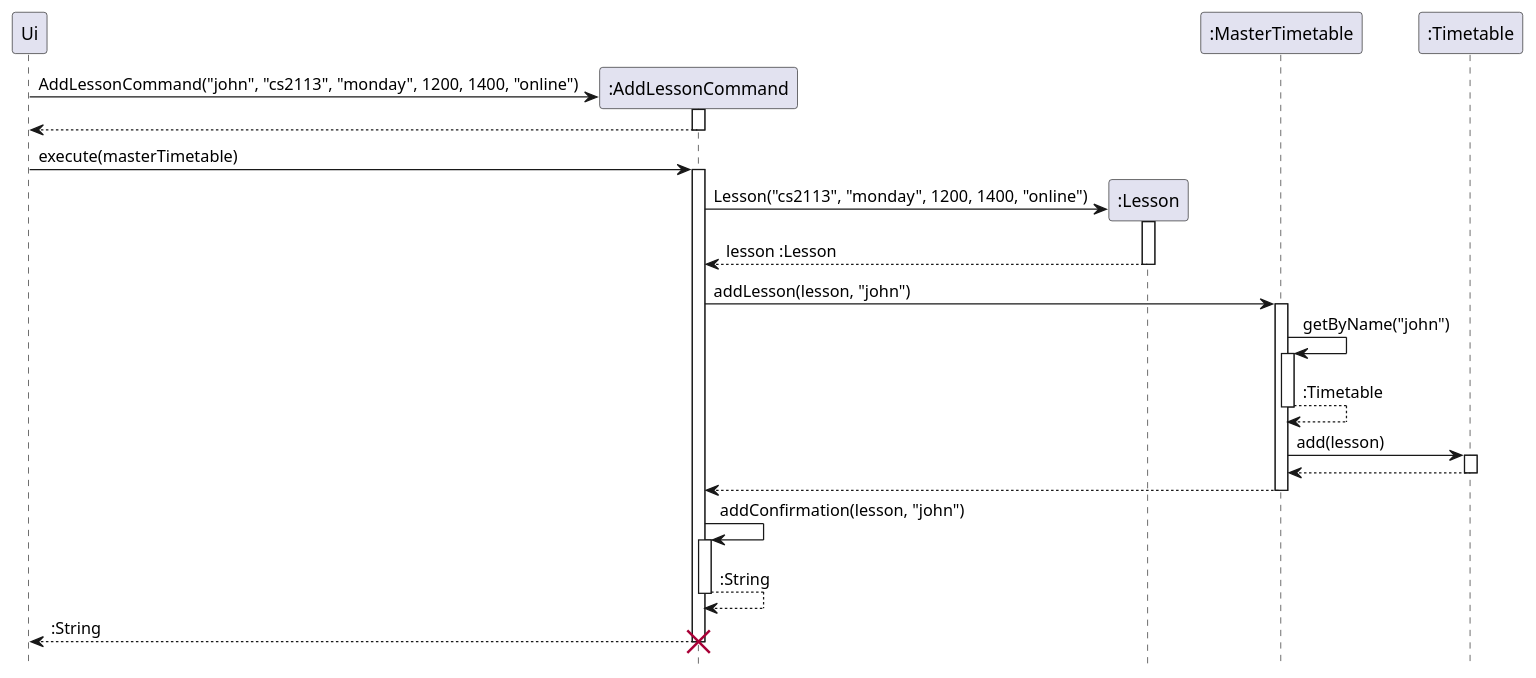
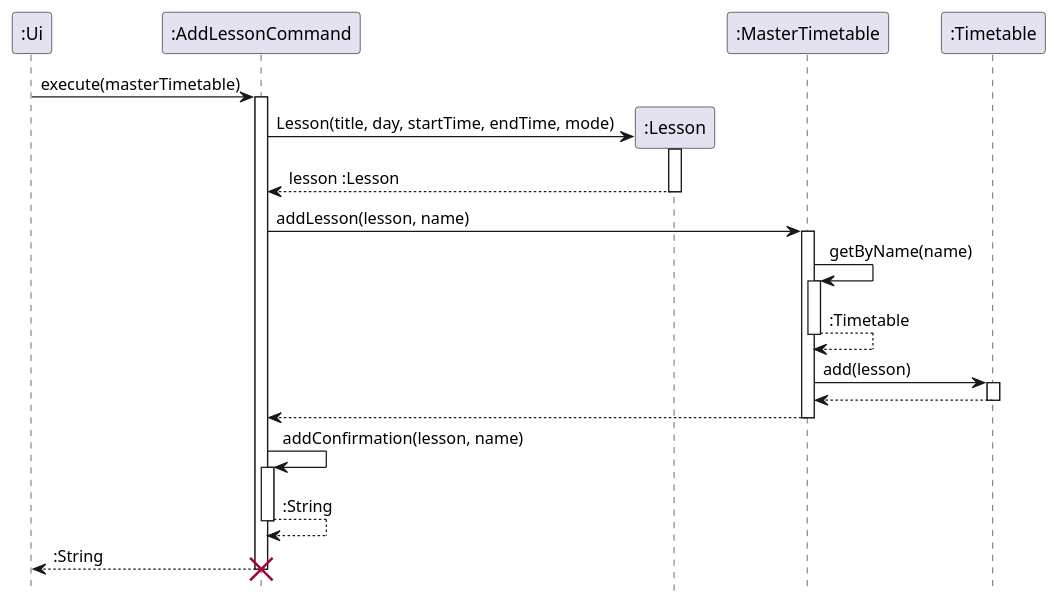
One commit to nus-cs2113-AY2122S2/tp changed the diagram in docs/diagrams/AddLessonCommandSequence.puml. Above: the diagram before and after it, drawn with PlantUML. The commit also changed 7 other files, not shown here.

Commit message:
Update sequence diagram

```diff
--- a/docs/diagrams/AddLessonCommandSequence.puml
+++ b/docs/diagrams/AddLessonCommandSequence.puml
@@ -1,48 +1,42 @@
 @startuml
 hide footbox
 
-participant "Ui" as none
+participant ":Ui" as Ui
 participant ":AddLessonCommand" as Command
 participant ":Lesson" as Lesson
 participant ":MasterTimetable" as Master
 participant ":Timetable" as Timetable
 
-create Command
-none -> Command : AddLessonCommand("john", "cs2113", "monday", 1200, 1400, "online")
-activate Command
-none <-- Command :
-deactivate Command
-
-none -> Command : execute(masterTimetable)
+Ui -> Command : execute(masterTimetable)
 activate Command
 create Lesson
-Command -> Lesson : Lesson("cs2113", "monday", 1200, 1400, "online")
+Command -> Lesson : Lesson(title, day, startTime, endTime, mode)
 activate Lesson
 Command <-- Lesson : lesson :Lesson
 deactivate Lesson
 
-Command ->  Master : addLesson(lesson, "john")
+Command ->  Master : addLesson(lesson, name)
 activate Master
-Master -> Master : getByName("john")
+Master -> Master : getByName(name)
 activate Master
 Master --> Master : :Timetable
 deactivate Master
 
 Master -> Timetable : add(lesson)
 activate Timetable
 Master <-- Timetable
 deactivate Timetable
 
 Command <-- Master
 deactivate Master
 
-Command -> Command : addConfirmation(lesson, "john")
+Command -> Command : addConfirmation(lesson, name)
 activate Command
 Command --> Command : :String
 deactivate Command
 
-none <-- Command : :String
+Ui <-- Command : :String
 deactivate Command
 destroy Command
 
 @enduml
```
